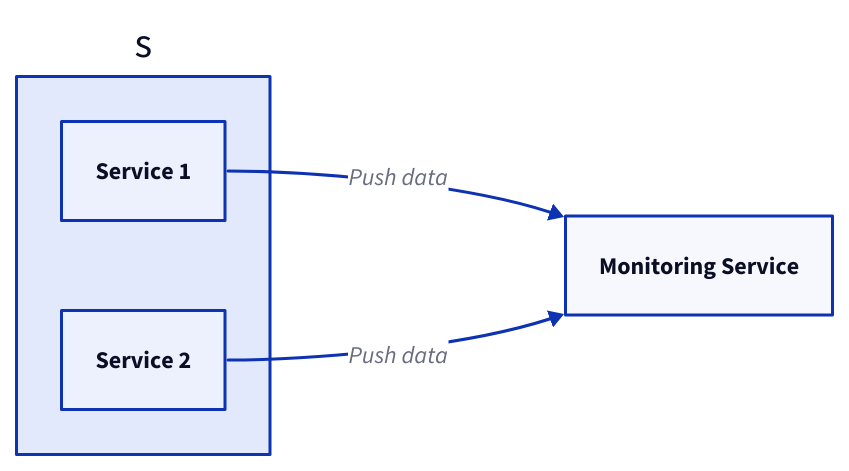
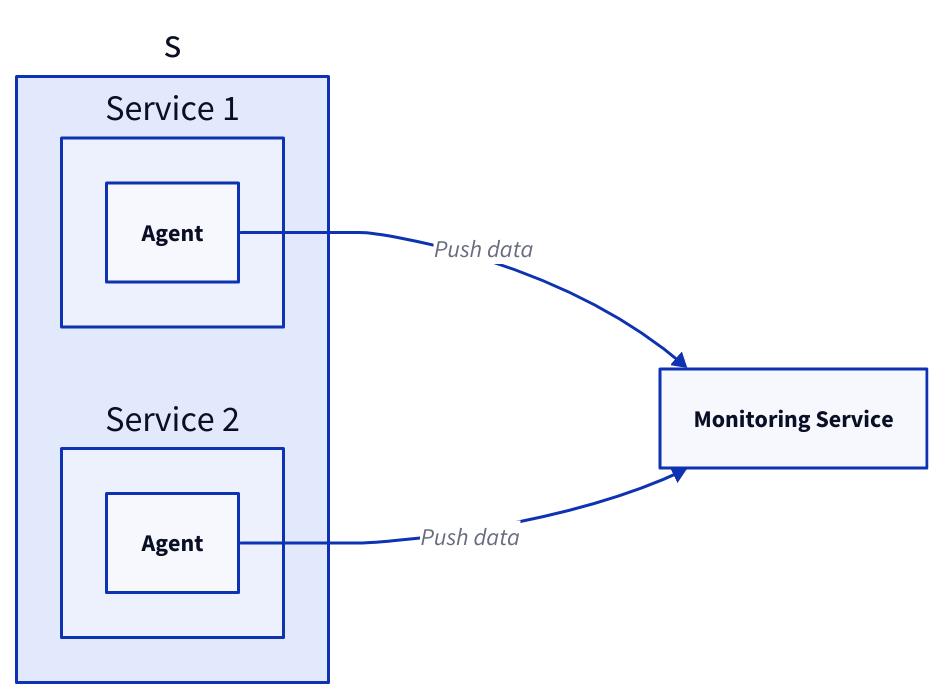
One commit to link1905/system-design-101 changed the first of 8 diagrams in content/docs/system-administration/system-monitoring/_index.md. Above: the diagram before and after it, drawn with D2. The commit also changed other lines of this file and 31 other files, not shown here.

````diff
--- a/content/docs/system-administration/system-monitoring/_index.md
+++ b/content/docs/system-administration/system-monitoring/_index.md
@@ -23,17 +23,21 @@
 ```d2
 direction: right
 s {
   class: none
   s1: Service 1 {
-      class: server
+    a: Agent {
+      class: process
+    }
   }
   s2: Service 2 {
-      class: server
+    a: Agent {
+      class: process
+    }
   }
 }
 m: Monitoring Service {
     class: monitor
 }
-s.s1 -> m: Push data
-s.s2 -> m: Push data
+s.s1.a -> m: Push data
+s.s2.a -> m: Push data
 ```
````
